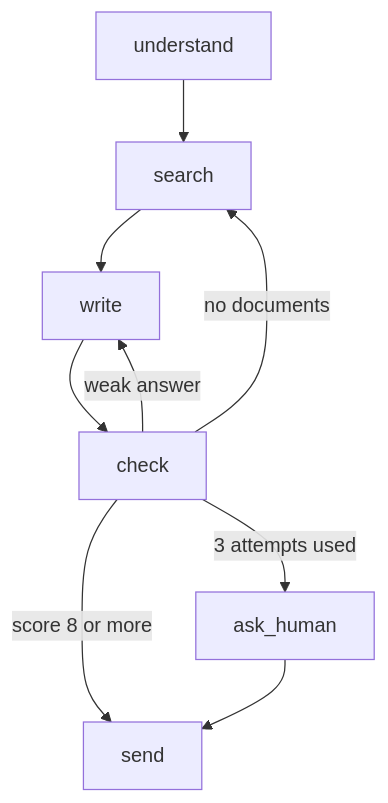
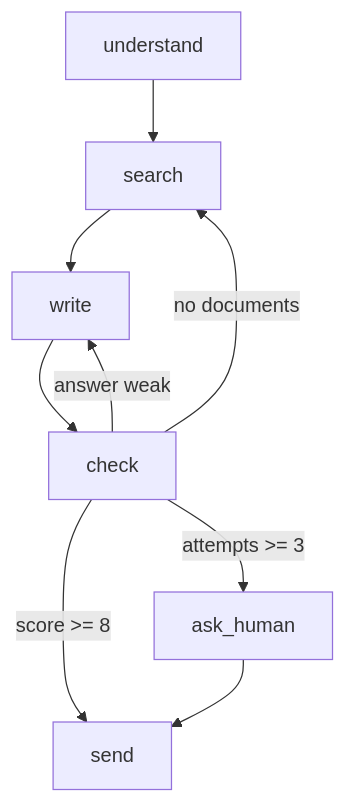
Before and after one commit to kaisarnajar/outcome-school-blogs: the first of 2 diagrams in notes/step-11-agentic-engineering-and-agent-frameworks/140-what-is-graph-engineering.md, drawn with Mermaid. The commit also changed other lines of this file and 233 other files, not shown here.

````diff
--- a/notes/step-11-agentic-engineering-and-agent-frameworks/140-what-is-graph-engineering.md
+++ b/notes/step-11-agentic-engineering-and-agent-frameworks/140-what-is-graph-engineering.md
@@ -56,11 +55,11 @@
 ```mermaid
 flowchart TD
     U["understand"] --> S["search"]
     S --> W["write"]
     W --> C["check"]
-    C -->|"score 8 or more"| SE["send"]
-    C -->|"3 attempts used"| H["ask_human"]
+    C -->|"score >= 8"| SN["send"]
+    C -->|"attempts >= 3"| AH["ask_human"]
     C -->|"no documents"| S
-    C -->|"weak answer"| W
-    H --> SE
+    C -->|"answer weak"| W
+    AH --> SN
 ```
````
